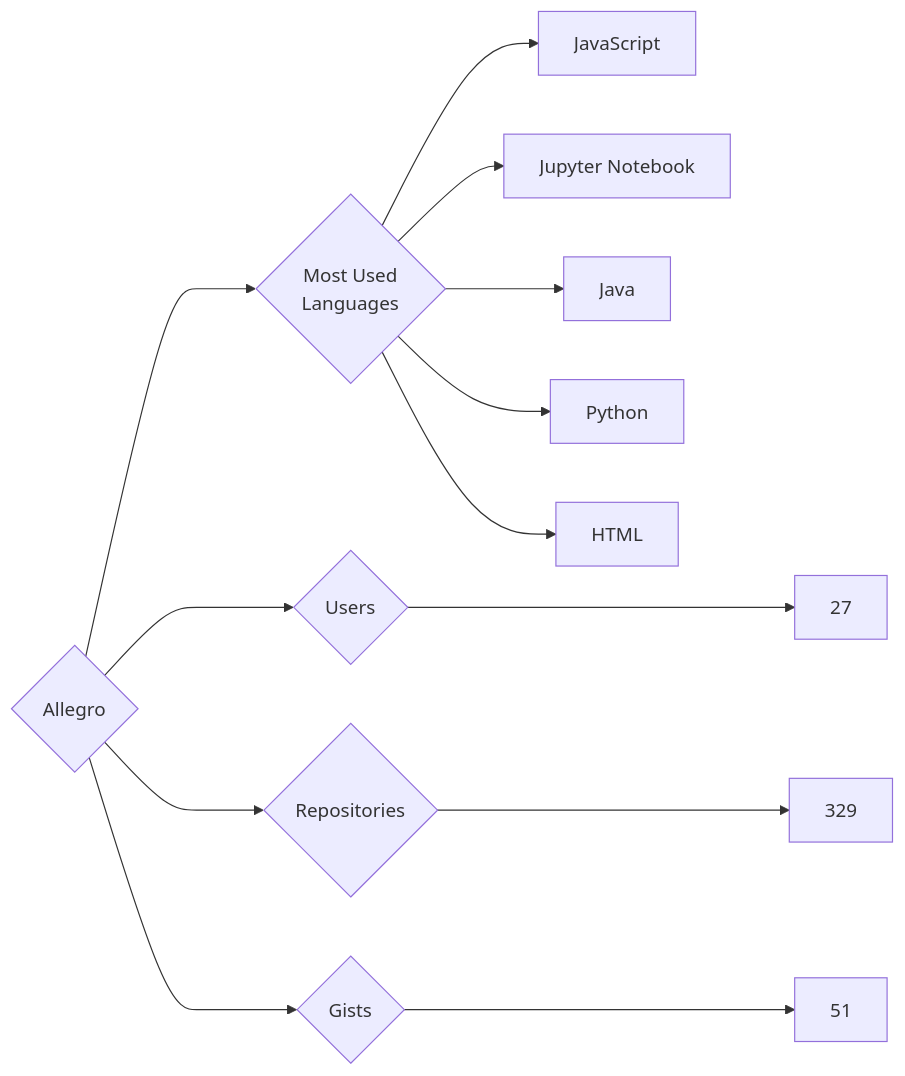
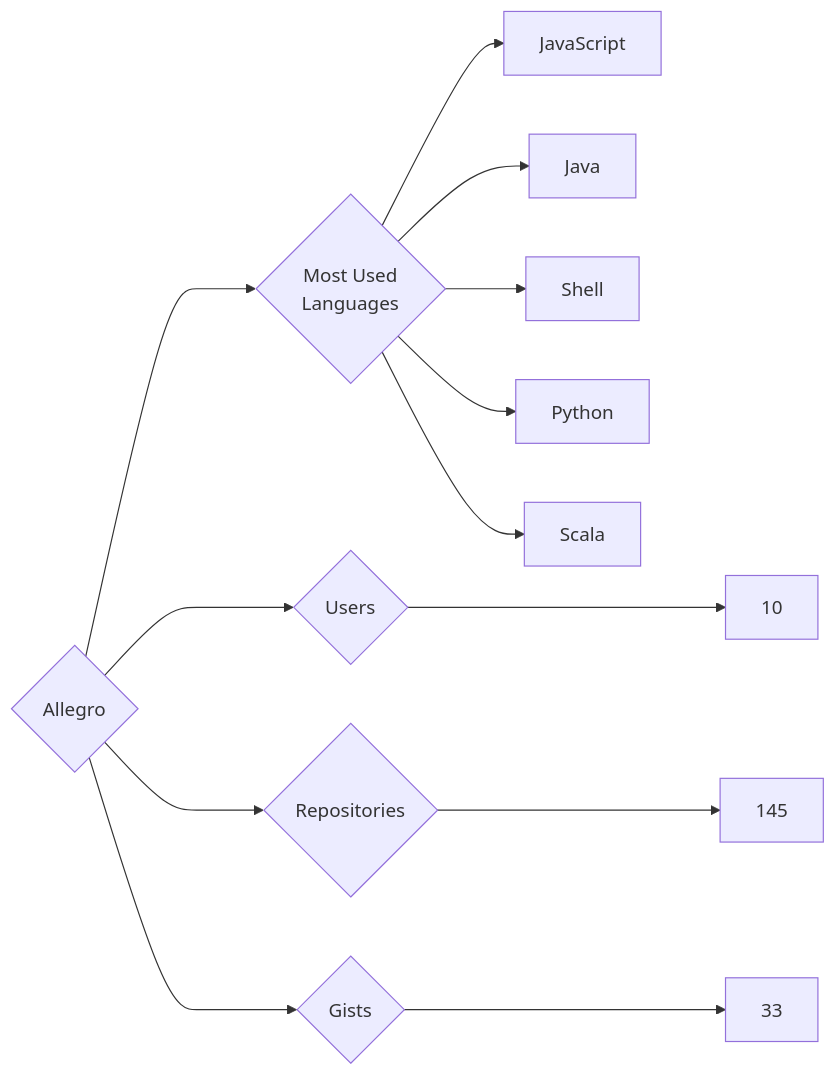
The diagram in targets/Allegro/README.md (trickest/insiders), drawn with Mermaid before and after one commit. The commit also changed 894 other files, not shown here.

````diff
--- a/targets/Allegro/README.md
+++ b/targets/Allegro/README.md
@@ -3,13 +3,13 @@
 ```mermaid
 graph LR
 COMPANY_NAME{Allegro}
-COMPANY_NAME ---> U{Users} ---> UN[27]
-COMPANY_NAME ---> R{Repositories} ---> RN[329]
-COMPANY_NAME ---> G{Gists} ---> GN[51]
+COMPANY_NAME ---> U{Users} ---> UN[10]
+COMPANY_NAME ---> R{Repositories} ---> RN[145]
+COMPANY_NAME ---> G{Gists} ---> GN[33]
 COMPANY_NAME ---> ML{Most Used<br>Languages}
 ML --> JavaScript[JavaScript]
-ML --> Jupyter_Notebook[Jupyter Notebook]
 ML --> Java[Java]
+ML --> Shell[Shell]
 ML --> Python[Python]
-ML --> HTML[HTML]
+ML --> Scala[Scala]
 ```
````
